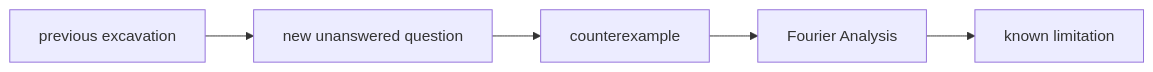
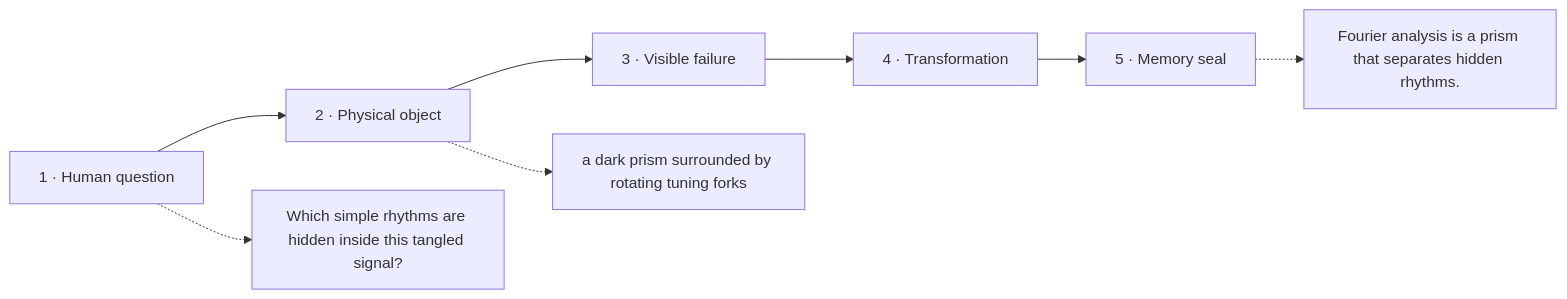
The diagram in excavations/215-fourier-analysis/diagram.md (kleem-labs/AI-Archaeology), drawn with Mermaid before and after one commit. The commit also changed other lines of this file and 117 other files, not shown here.

````diff
--- a/excavations/215-fourier-analysis/diagram.md
+++ b/excavations/215-fourier-analysis/diagram.md
@@ -3,7 +5,10 @@
 ```mermaid
 flowchart LR
-  P["previous excavation"] --> Q["new unanswered question"]
-  Q --> X["counterexample"]
-  X --> C["Fourier Analysis"]
-  C --> L["known limitation"]
+  Q["1 · Human question"] --> O["2 · Physical object"]
+  O --> F["3 · Visible failure"]
+  F --> T["4 · Transformation"]
+  T --> S["5 · Memory seal"]
+  Q -.-> QD["Which simple rhythms are hidden inside this tangled signal?"]
+  O -.-> OD["a dark prism surrounded by rotating tuning forks"]
+  S -.-> SD["Fourier analysis is a prism that separates hidden rhythms."]
 ```
````
